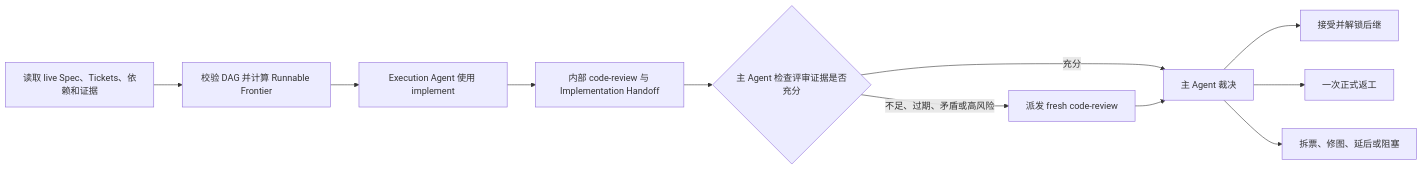
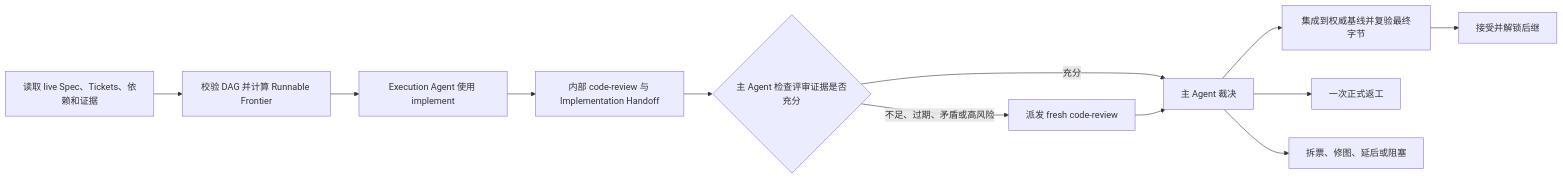
One commit to RedHeartSecretMan/dag-skill changed the diagram in README.md. Above: the diagram before and after it, drawn with Mermaid. The commit also changed other lines of this file and 3 other files, not shown here.

````diff
--- a/README.md
+++ b/README.md
@@ -20,13 +20,14 @@
 ```mermaid
 flowchart LR
     A["读取 live Spec、Tickets、依赖和证据"] --> B["校验 DAG 并计算 Runnable Frontier"]
     B --> C["Execution Agent 使用 implement"]
     C --> D["内部 code-review 与 Implementation Handoff"]
     D --> E{"主 Agent 检查评审证据是否充分"}
     E -->|"充分"| G["主 Agent 裁决"]
     E -->|"不足、过期、矛盾或高风险"| F["派发 fresh code-review"]
     F --> G
-    G --> H["接受并解锁后继"]
+    G --> H["集成到权威基线并复验最终字节"]
+    H --> K["接受并解锁后继"]
     G --> I["一次正式返工"]
     G --> J["拆票、修图、延后或阻塞"]
 ```
````
